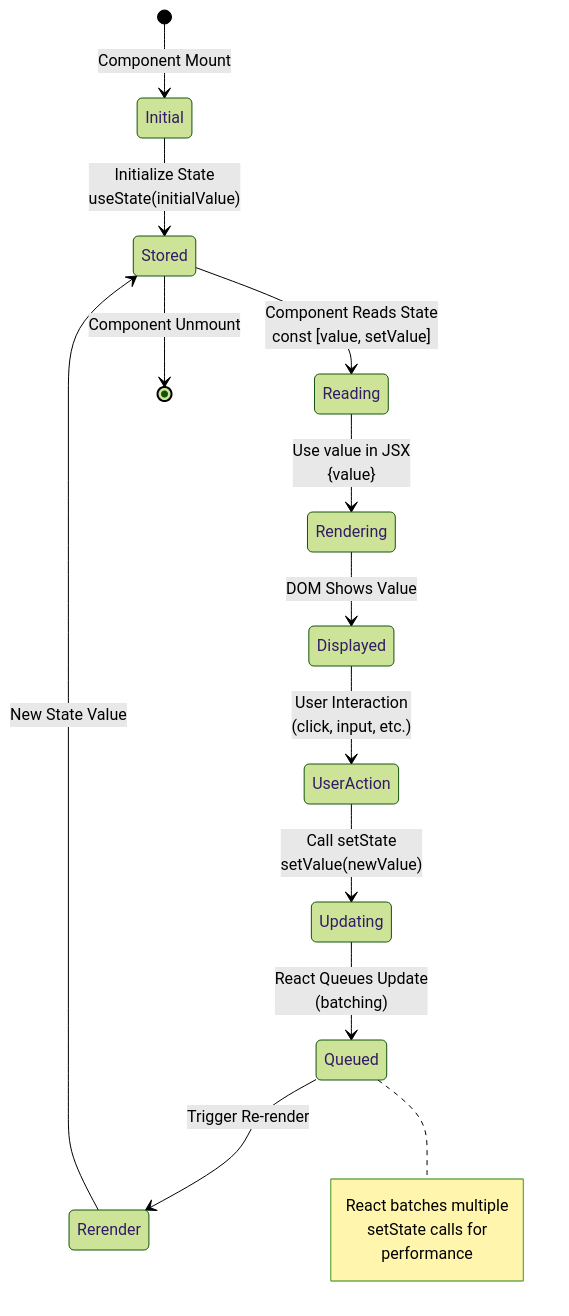
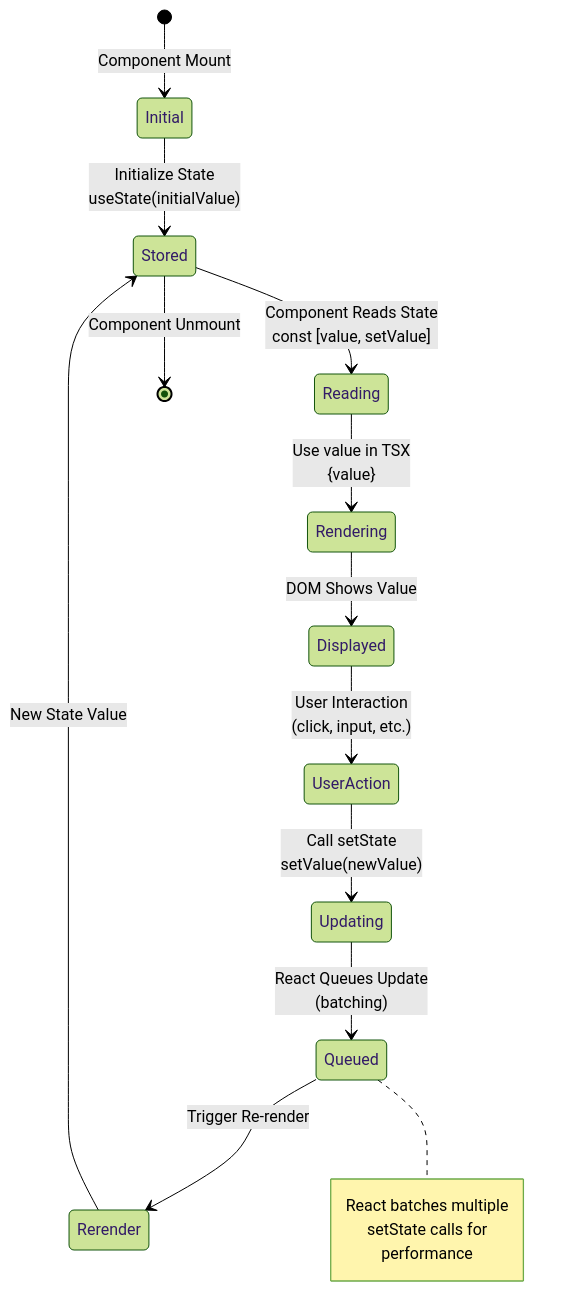
The third of 12 diagrams in diagrams/component_lifecycle.md (longndt/react-course), drawn with Mermaid (forest theme) before and after one commit. The commit also changed other lines of this file and 143 other files, not shown here.

````diff
--- a/diagrams/component_lifecycle.md
+++ b/diagrams/component_lifecycle.md
@@ -87,30 +87,30 @@
 ```mermaid
 stateDiagram-v2
     [*] --> Initial: Component Mount
 
     Initial --> Stored: Initialize State<br/>useState(initialValue)
 
     Stored --> Reading: Component Reads State<br/>const [value, setValue]
 
-    Reading --> Rendering: Use value in JSX<br/>{value}
+    Reading --> Rendering: Use value in TSX<br/>{value}
 
     Rendering --> Displayed: DOM Shows Value
 
     Displayed --> UserAction: User Interaction<br/>(click, input, etc.)
 
     UserAction --> Updating: Call setState<br/>setValue(newValue)
 
     Updating --> Queued: React Queues Update<br/>(batching)
 
     Queued --> Rerender: Trigger Re-render
 
     Rerender --> Stored: New State Value
 
     Stored --> [*]: Component Unmount
 
     note right of Queued
         React batches multiple
         setState calls for
         performance
     end note
 ```
````
